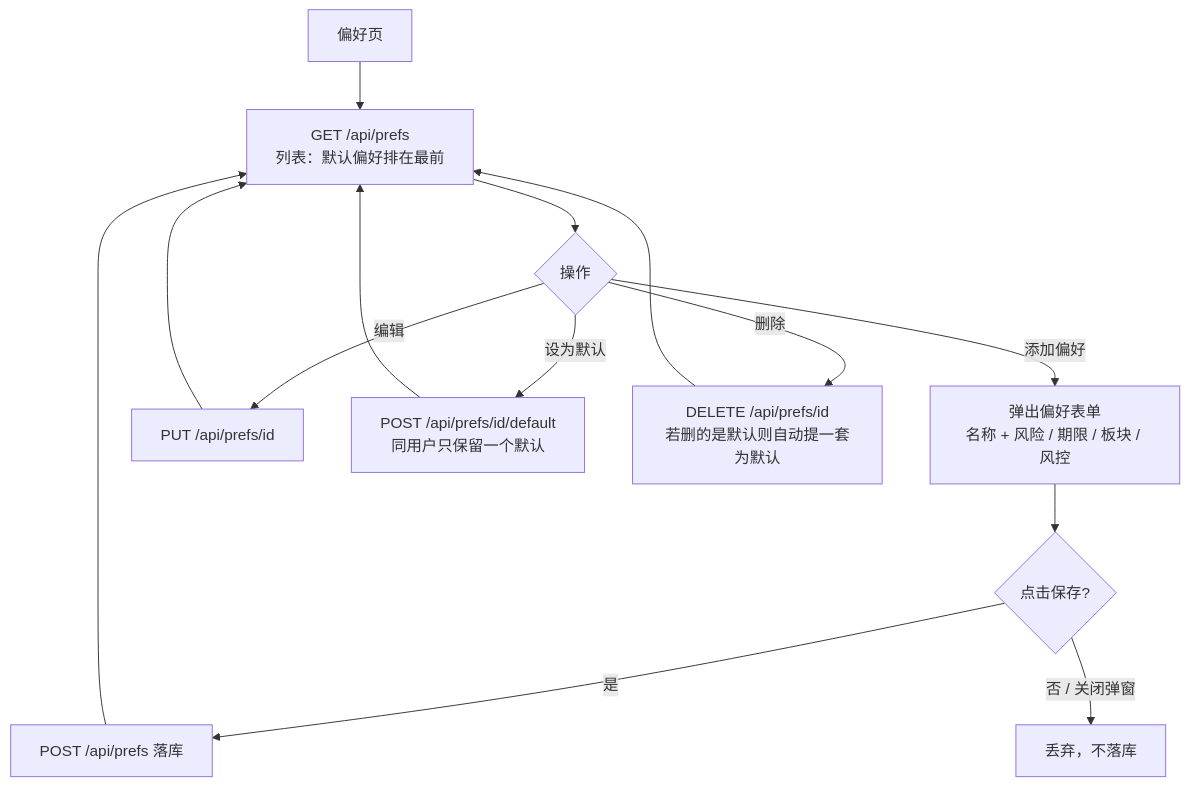
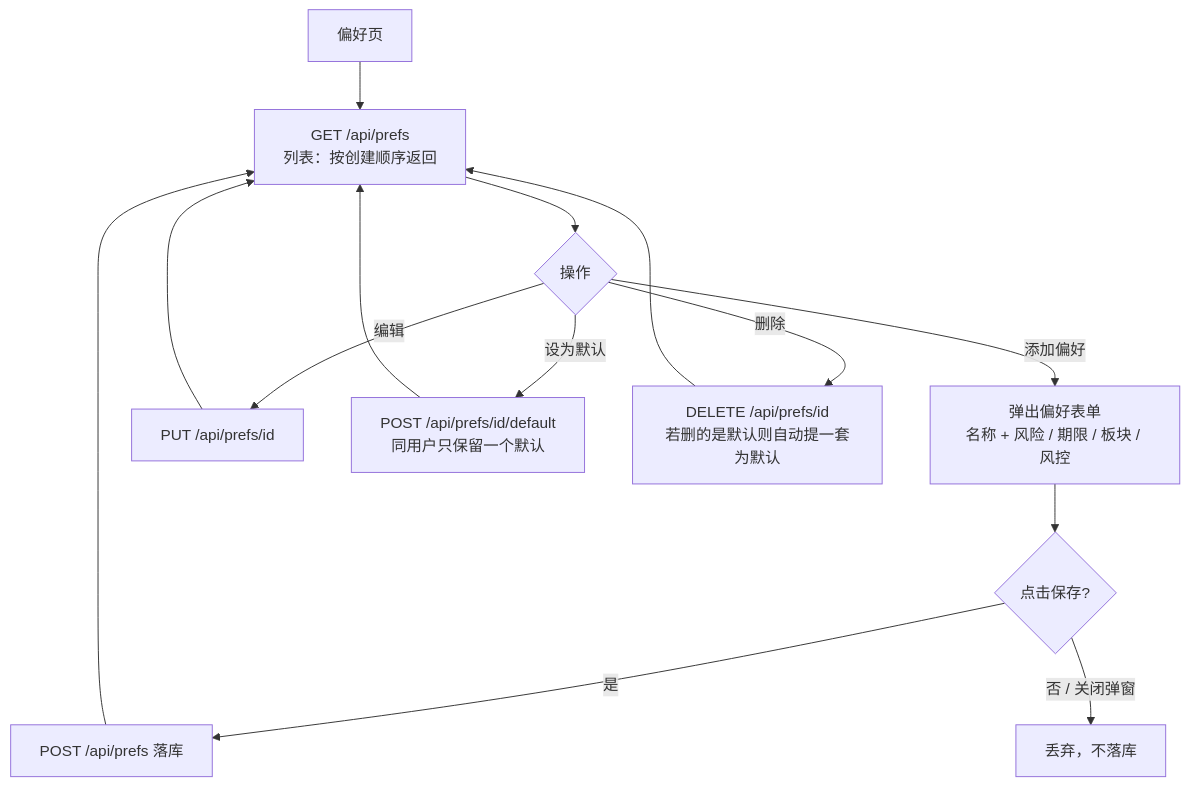
The fifth of 9 diagrams in README.md (Song-Yingji/Iktsuarpok), drawn with Mermaid before and after one commit. The commit also changed other lines of this file and 3 other files, not shown here.

````diff
--- a/README.md
+++ b/README.md
@@ -236,16 +227,16 @@
 ```mermaid
 flowchart TD
-    A[偏好页] --> B[GET /api/prefs<br/>列表：默认偏好排在最前]
+    A[偏好页] --> B[GET /api/prefs<br/>列表：按创建顺序返回]
     B --> C{操作}
     C -- 添加偏好 --> D[弹出偏好表单<br/>名称 + 风险 / 期限 / 板块 / 风控]
     D --> E{点击保存?}
     E -- 是 --> F[POST /api/prefs 落库]
     E -- 否 / 关闭弹窗 --> G[丢弃，不落库]
     C -- 编辑 --> H[PUT /api/prefs/id]
     C -- 设为默认 --> I[POST /api/prefs/id/default<br/>同用户只保留一个默认]
     C -- 删除 --> J[DELETE /api/prefs/id<br/>若删的是默认则自动提一套为默认]
     F --> B
     H --> B
     I --> B
     J --> B
 ```
````
